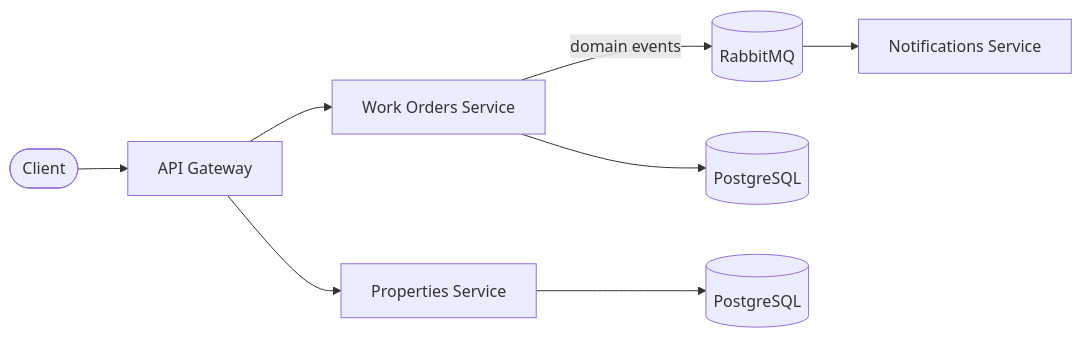
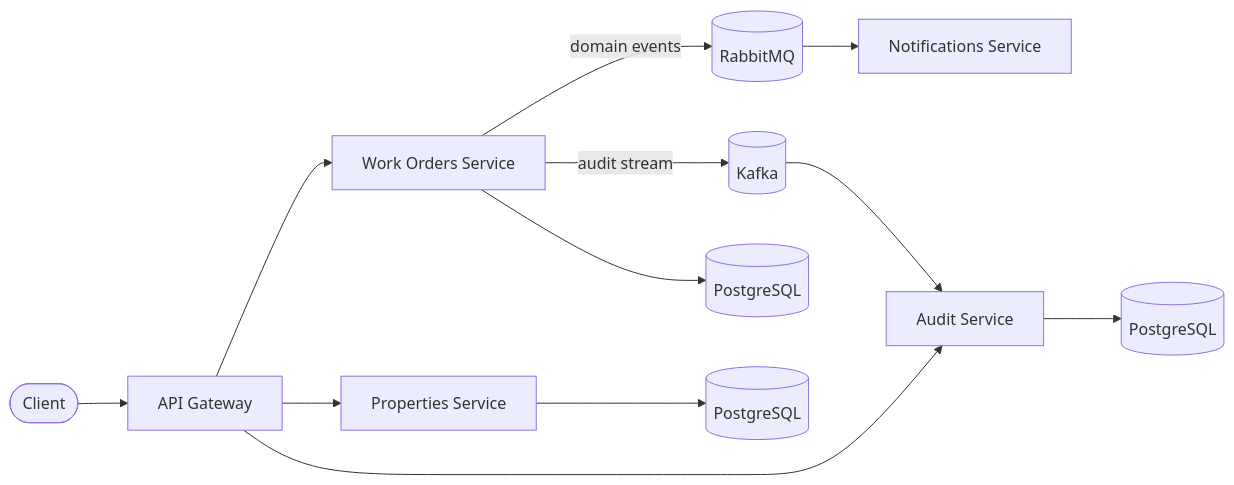
The diagram in README.md (mhayk/propflow), drawn with Mermaid before and after one commit. The commit also changed other lines of this file and 2 other files, not shown here.

Commit message:
docs: phase 5 notes (Kafka), README architecture and roadmap update

````diff
--- a/README.md
+++ b/README.md
@@ -17,10 +18,14 @@
 ```mermaid
 flowchart LR
     Client([Client]) --> GW[API Gateway]
     GW --> WO[Work Orders Service]
     GW --> PR[Properties Service]
+    GW --> AU[Audit Service]
     WO -->|domain events| MQ[(RabbitMQ)]
+    WO -->|audit stream| KF[(Kafka)]
     MQ --> NT[Notifications Service]
+    KF --> AU
     WO --> DB1[(PostgreSQL)]
     PR --> DB2[(PostgreSQL)]
+    AU --> DB3[(PostgreSQL)]
 ```
````
